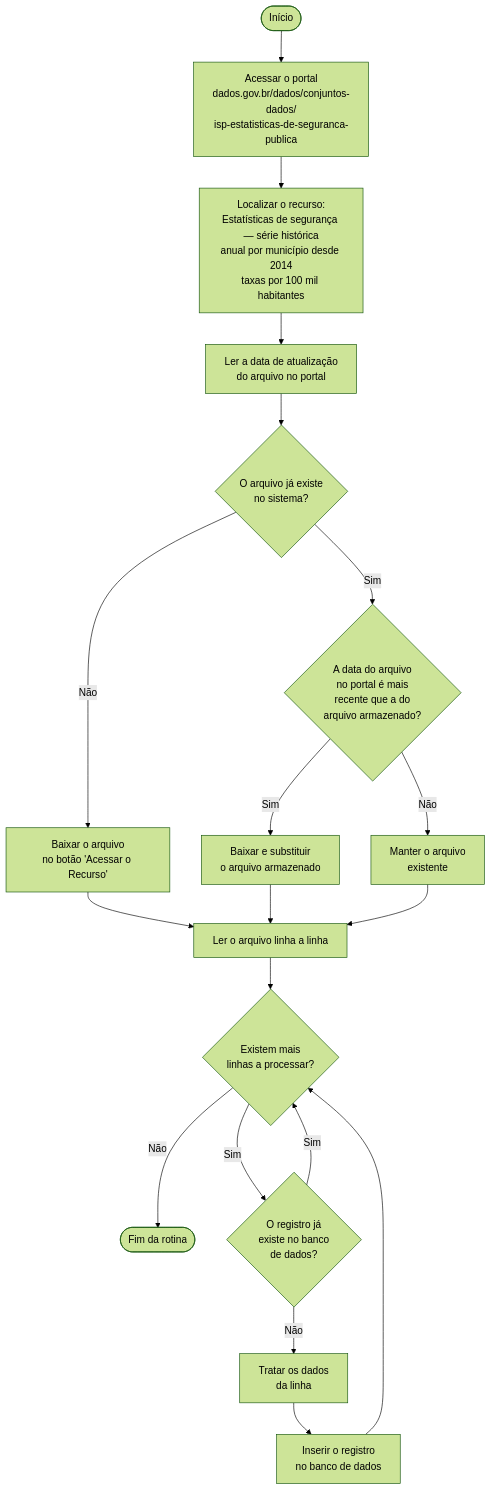
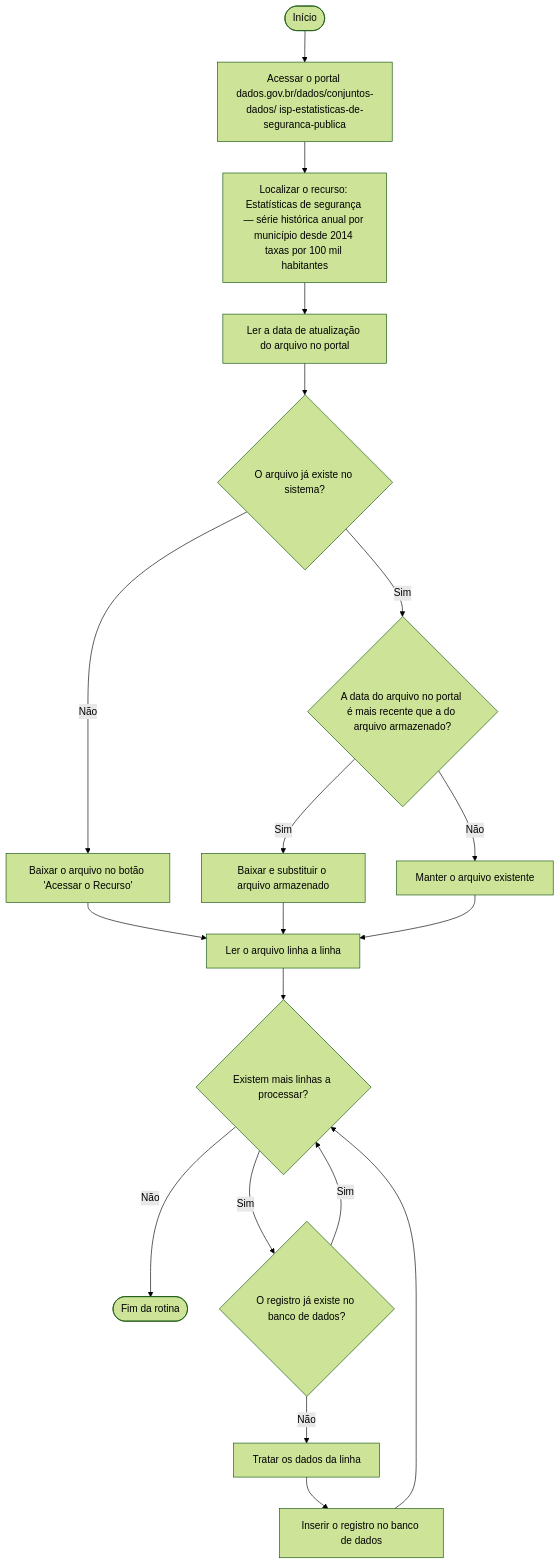
Before and after one commit to thiagobfb/roubometro-batch: the diagram in README.md, drawn with Mermaid (forest theme).

Commit message:
docs: replace \\n with spaces in Mermaid flowchart node labels

````diff
--- a/README.md
+++ b/README.md
@@ -10,26 +10,26 @@
 ```mermaid
 flowchart TD
-    A([Início]) --> B[Acessar o portal\ndados.gov.br/dados/conjuntos-dados/\nisp-estatisticas-de-seguranca-publica]
-    B --> C[Localizar o recurso:\nEstatísticas de segurança — série histórica\nanual por município desde 2014\ntaxas por 100 mil habitantes]
-    C --> D[Ler a data de atualização\ndo arquivo no portal]
-    D --> E{O arquivo já existe\nno sistema?}
+    A([Início]) --> B[Acessar o portal dados.gov.br/dados/conjuntos-dados/ isp-estatisticas-de-seguranca-publica]
+    B --> C[Localizar o recurso: Estatísticas de segurança — série histórica anual por município desde 2014 taxas por 100 mil habitantes]
+    C --> D[Ler a data de atualização do arquivo no portal]
+    D --> E{O arquivo já existe no sistema?}
 
-    E -- Não --> F[Baixar o arquivo\nno botão 'Acessar o Recurso']
-    E -- Sim --> G{A data do arquivo\nno portal é mais\nrecente que a do\narquivo armazenado?}
+    E -- Não --> F[Baixar o arquivo no botão 'Acessar o Recurso']
+    E -- Sim --> G{A data do arquivo no portal é mais recente que a do arquivo armazenado?}
 
-    G -- Não --> H[Manter o arquivo\nexistente]
-    G -- Sim --> I[Baixar e substituir\no arquivo armazenado]
+    G -- Não --> H[Manter o arquivo existente]
+    G -- Sim --> I[Baixar e substituir o arquivo armazenado]
 
     F --> J[Ler o arquivo linha a linha]
     I --> J
     H --> J
 
-    J --> K{Existem mais\nlinhas a processar?}
+    J --> K{Existem mais linhas a processar?}
     K -- Não --> M([Fim da rotina])
-    K -- Sim --> L{O registro já\nexiste no banco\nde dados?}
+    K -- Sim --> L{O registro já existe no banco de dados?}
 
     L -- Sim --> K
-    L -- Não --> N[Tratar os dados\nda linha]
-    N --> O[Inserir o registro\nno banco de dados]
+    L -- Não --> N[Tratar os dados da linha]
+    N --> O[Inserir o registro no banco de dados]
     O --> K
 ```
````
